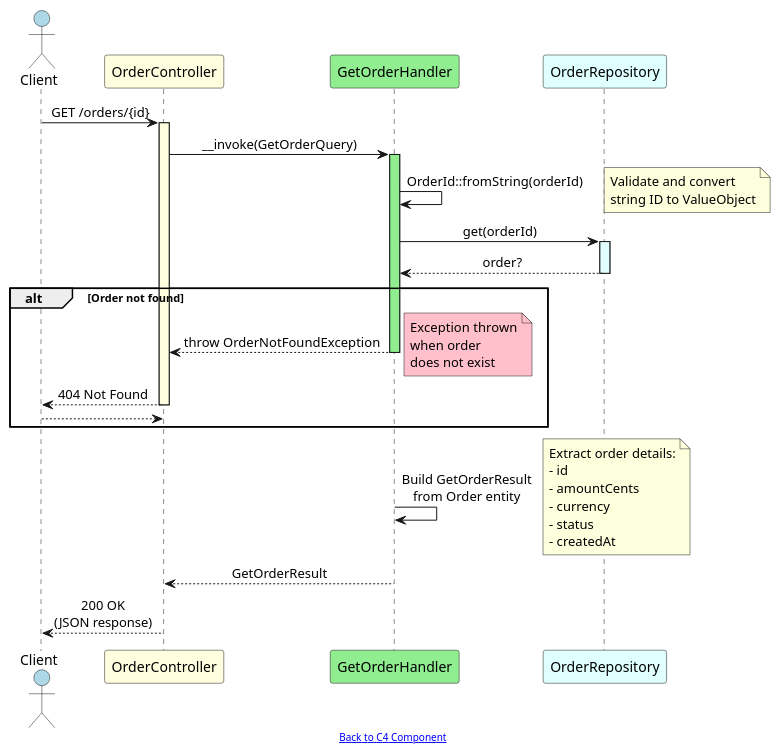
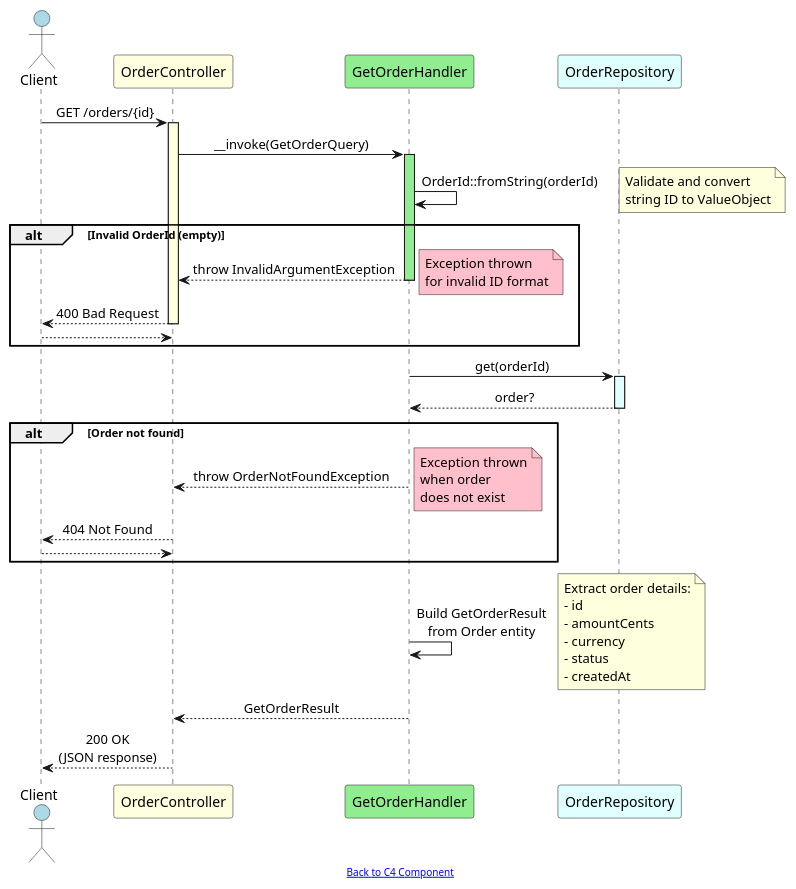
Before and after one commit to mundiir/meetup-2025-orders-service: the diagram in docs/sequence-get-order.puml, drawn with PlantUML.

Commit message:
Add InvalidArgumentException case to GetOrder sequence diagram

```diff
--- a/docs/sequence-get-order.puml
+++ b/docs/sequence-get-order.puml
@@ -1,46 +1,55 @@
 @startuml
 ' GetOrder Use Case — Application Layer with activations
 
 skinparam sequenceMessageAlign center
 skinparam BoxPadding 10
 
 actor Client #lightblue
 participant "OrderController" as Controller #lightyellow
 participant "GetOrderHandler" as Handler #lightgreen
 participant OrderRepository as Repo #lightcyan
 
 Client -> Controller: GET /orders/{id}
 activate Controller #lightyellow
 
 Controller -> Handler: __invoke(GetOrderQuery)
 activate Handler #lightgreen
 
 Handler -> Handler: OrderId::fromString(orderId)
 note right: Validate and convert\nstring ID to ValueObject
+
+alt Invalid OrderId (empty)
+  Handler --> Controller: throw InvalidArgumentException
+  note right #pink: Exception thrown\nfor invalid ID format
+  deactivate Handler
+  Controller --> Client: 400 Bad Request
+  deactivate Controller
+  return
+end
 
 Handler -> Repo: get(orderId)
 activate Repo #lightcyan
 Repo --> Handler: order?
 deactivate Repo
 
 alt Order not found
   Handler --> Controller: throw OrderNotFoundException
   note right #pink: Exception thrown\nwhen order\ndoes not exist
   deactivate Handler
   Controller --> Client: 404 Not Found
   deactivate Controller
   return
 end
 
 Handler -> Handler: Build GetOrderResult\nfrom Order entity
 note right: Extract order details:\n- id\n- amountCents\n- currency\n- status\n- createdAt
 
 Handler --> Controller: GetOrderResult
 deactivate Handler
 
 Controller --> Client: 200 OK\n(JSON response)
 deactivate Controller
 
 footer [[https://mundiir.github.io/meetup-2025-orders-service/c4-component.svg Back to C4 Component]]
 
 @enduml
```
